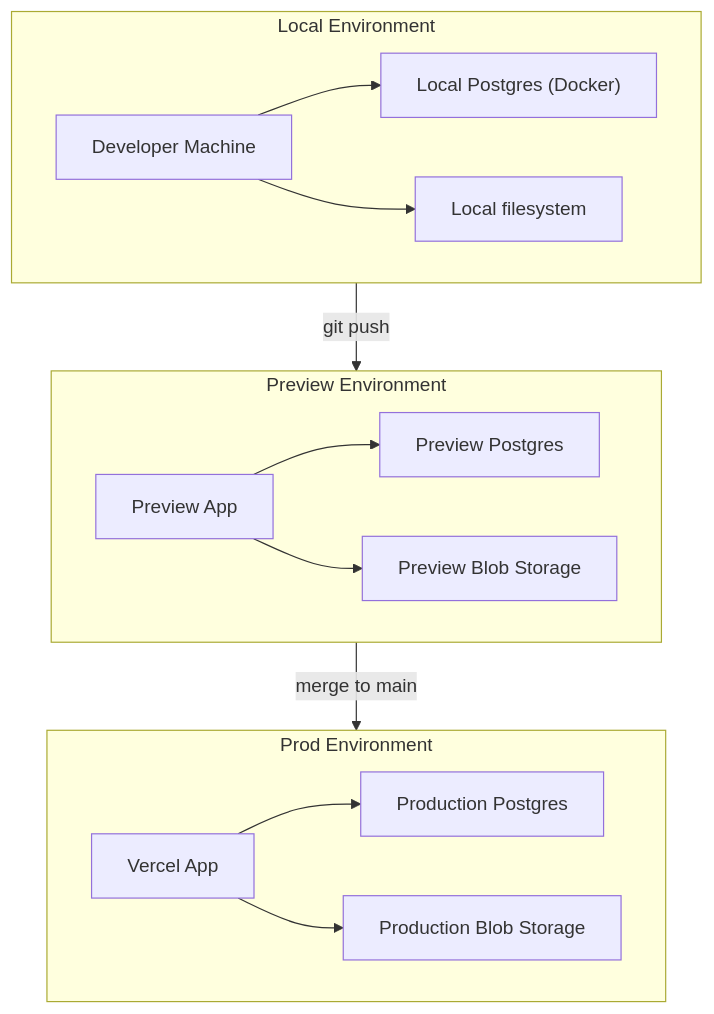
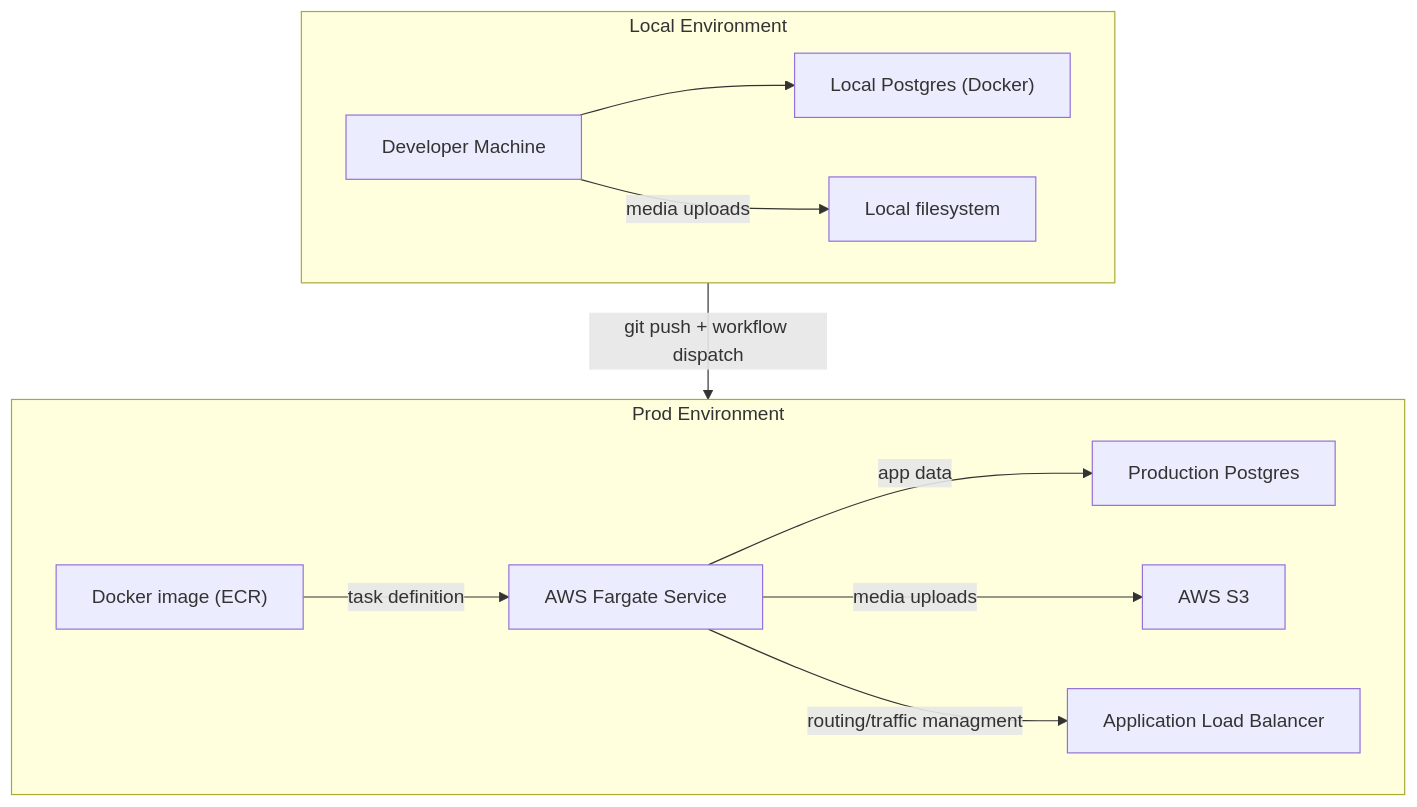
The diagram in aws-fargate-simple/README.md (limlabs/blog-deploy-example), drawn with Mermaid before and after one commit. The commit also changed other lines of this file and 1 other file, not shown here.

Commit message:
enhance Fargate workflow by adding push trigger and updating README for deployment instructions

````diff
--- a/aws-fargate-simple/README.md
+++ b/aws-fargate-simple/README.md
@@ -21,21 +21,17 @@
 ```mermaid
 flowchart TD
 
   subgraph ProdEnvironment[Prod Environment]
-    D[Vercel App] --> E[Production Postgres]
-    D --> F[Production Blob Storage]
-  end
-
-  subgraph PreviewEnvironment[Preview Environment]
-    G[Preview App] --> H[Preview Postgres]
-    G --> I[Preview Blob Storage]
+    D["Docker image (ECR)"] -- task definition --> E
+    E[AWS Fargate Service] -- app data --> F[Production Postgres]
+    E -- media uploads --> G[AWS S3]
+    E -- routing/traffic managment --> H[Application Load Balancer]
   end
 
   subgraph LocalEnvironment[Local Environment]
     A[Developer Machine] --> B["Local Postgres (Docker)"]
-    A --> C[Local filesystem]
+    A -- media uploads --> C[Local filesystem]
   end
 
-  LocalEnvironment -- git push --> PreviewEnvironment
-  PreviewEnvironment -- merge to main --> ProdEnvironment
+  LocalEnvironment -- git push + workflow dispatch --> ProdEnvironment
 ```
````
